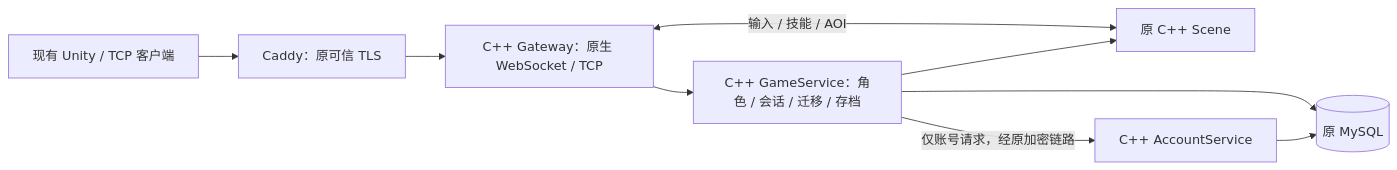
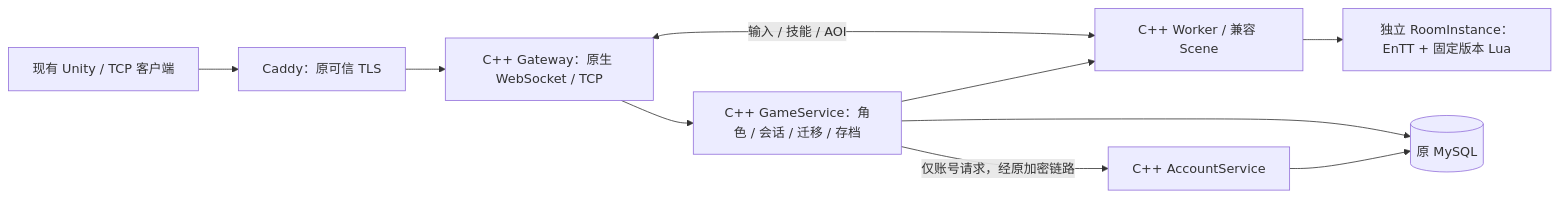
Before and after one commit to dravenlove/mmo-server: the diagram in docs/NATIVE_CPP_RUNBOOK.md, drawn with Mermaid. The commit also changed other lines of this file and 57 other files, not shown here.

Commit message:
Implement Lua gameplay, ECS authority and compatible room workers

````diff
--- a/docs/NATIVE_CPP_RUNBOOK.md
+++ b/docs/NATIVE_CPP_RUNBOOK.md
@@ -11,11 +11,12 @@
 ```mermaid
 flowchart LR
   C[现有 Unity / TCP 客户端] --> TLS[Caddy：原可信 TLS]
   TLS --> G[C++ Gateway：原生 WebSocket / TCP]
-  G <-->|输入 / 技能 / AOI| S[原 C++ Scene]
+  G <-->|输入 / 技能 / AOI| S[C++ Worker / 兼容 Scene]
   G --> B[C++ GameService：角色 / 会话 / 迁移 / 存档]
   B --> S
+  S --> R[独立 RoomInstance：EnTT + 固定版本 Lua]
   B -->|仅账号请求，经原加密链路| A[C++ AccountService]
   B --> DB[(原 MySQL)]
   A --> DB
 ```
````
